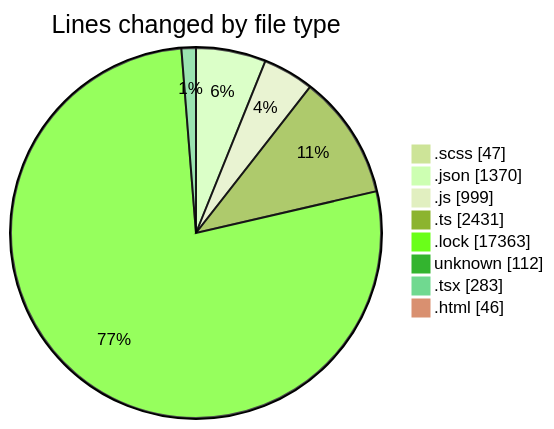
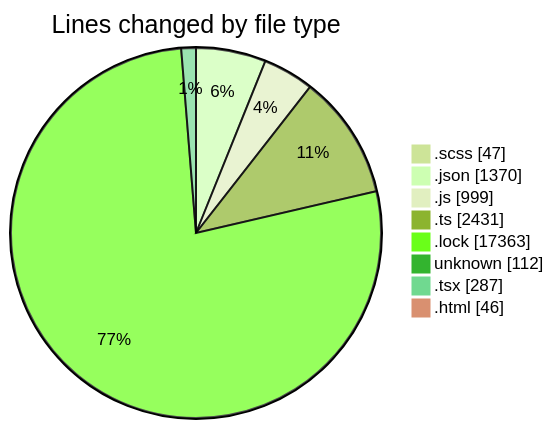
One commit to momahboobian/code-tracking changed the first of 2 diagrams in 2026-04-21/cda/README.md. Above: the diagram before and after it, drawn with Mermaid (forest theme). The commit also changed other lines of this file and 1 other file, not shown here.

````diff
--- a/2026-04-21/cda/README.md
+++ b/2026-04-21/cda/README.md
@@ -54,12 +54,12 @@
 ```mermaid
 pie showData
 title Lines changed by file type
 ".scss" : 47
 ".json" : 1370
 ".js" : 999
 ".ts" : 2431
 ".lock" : 17363
 "unknown" : 112
-".tsx" : 283
+".tsx" : 287
 ".html" : 46
 ```
````
